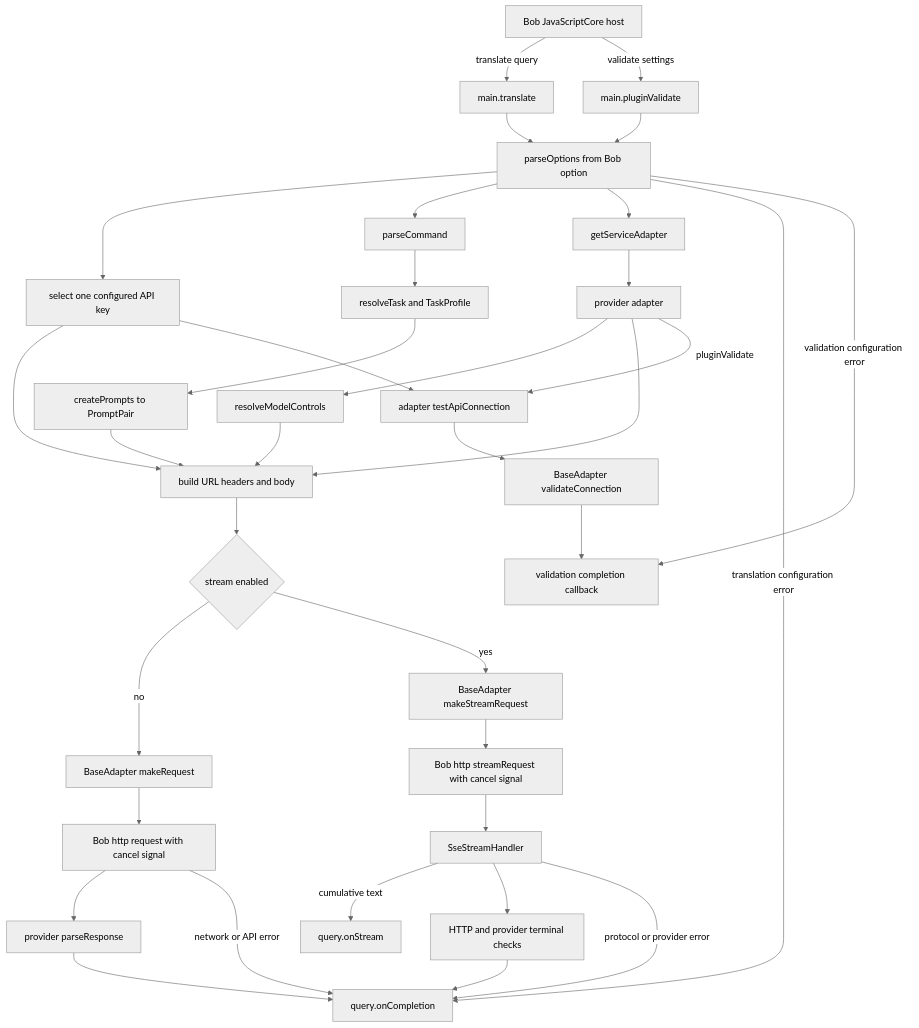
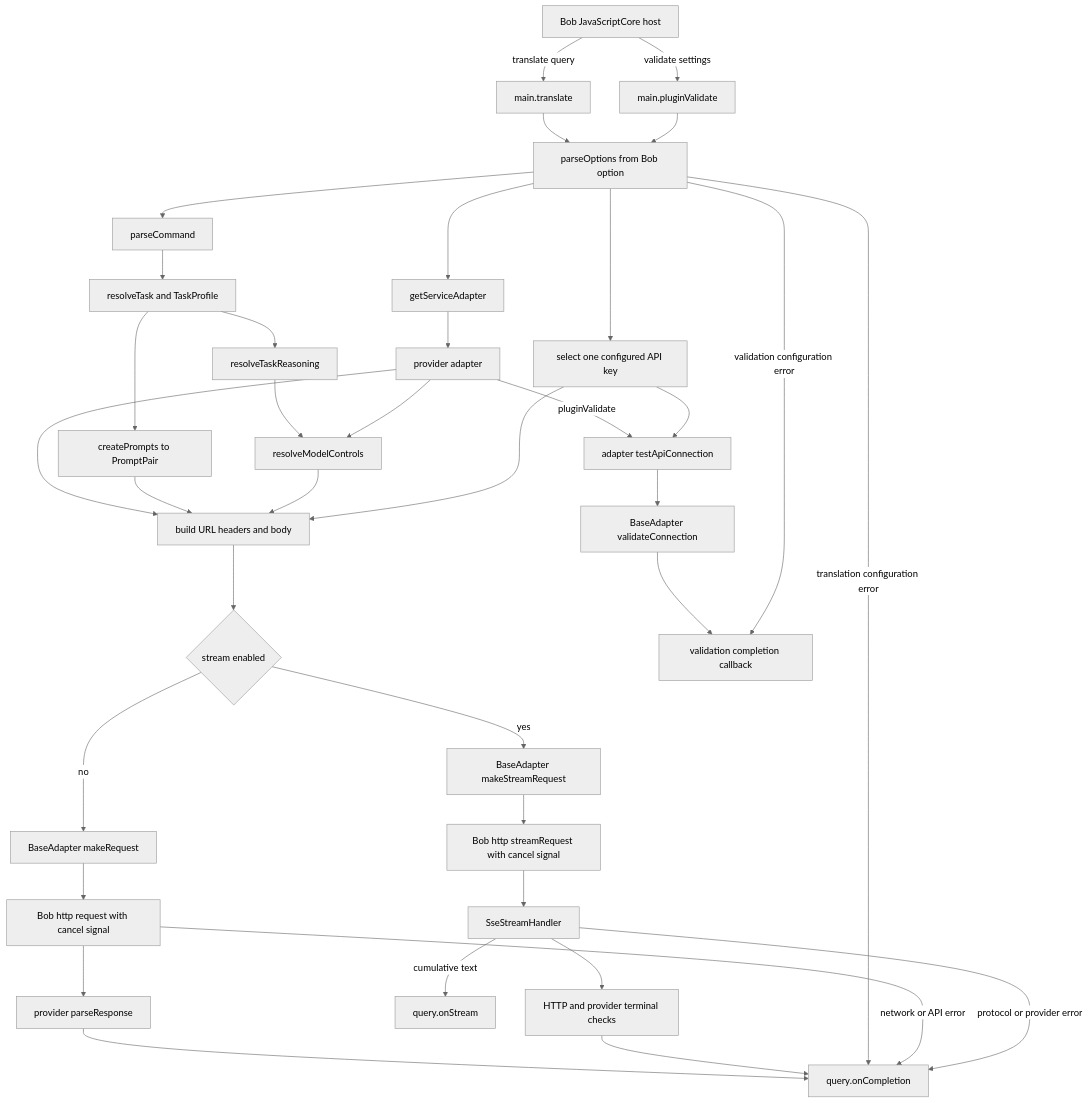
The diagram in docs/maintainer_orientation.md (jiahaoh/pop), drawn with Mermaid (neutral theme) before and after one commit. The commit also changed other lines of this file and 26 other files, not shown here.

Commit message:
feat: implement milestone 3 model controls

````diff
--- a/docs/maintainer_orientation.md
+++ b/docs/maintainer_orientation.md
@@ -63,43 +63,45 @@
 ```mermaid
 flowchart TD
   Bob[Bob JavaScriptCore host] -->|translate query| Entry[main.translate]
   Bob -->|validate settings| ValidateEntry[main.pluginValidate]
 
   Entry --> Config[parseOptions from Bob option]
   ValidateEntry --> Config
   Config --> Key[select one configured API key]
   Config --> Command[parseCommand]
   Command --> Resolve[resolveTask and TaskProfile]
+  Resolve --> Reasoning[resolveTaskReasoning]
   Resolve --> Prompt[createPrompts to PromptPair]
   Config --> Dispatch[getServiceAdapter]
   Dispatch --> Adapter[provider adapter]
 
-  Adapter --> Controls[resolveModelControls]
+  Reasoning --> Controls[resolveModelControls]
+  Adapter --> Controls
   Adapter --> Wire[build URL headers and body]
   Prompt --> Wire[build URL headers and body]
   Controls --> Wire
   Key --> Wire
 
   Wire --> Mode{stream enabled}
   Mode -->|no| Request[BaseAdapter makeRequest]
   Request --> HttpRequest[Bob http request with cancel signal]
   HttpRequest --> Parse[provider parseResponse]
 
   Mode -->|yes| StreamRequest[BaseAdapter makeStreamRequest]
   StreamRequest --> HttpStream[Bob http streamRequest with cancel signal]
   HttpStream --> SSE[SseStreamHandler]
   SSE -->|cumulative text| OnStream[query.onStream]
   SSE --> Terminal[HTTP and provider terminal checks]
 
   Parse --> Complete[query.onCompletion]
   Terminal --> Complete
   Config -->|translation configuration error| Complete
   HttpRequest -->|network or API error| Complete
   SSE -->|protocol or provider error| Complete
 
   Adapter -->|pluginValidate| Validate[adapter testApiConnection]
   Key --> Validate
   Validate --> ValidateHttp[BaseAdapter validateConnection]
   ValidateHttp --> ValidationCompletion[validation completion callback]
   Config -->|validation configuration error| ValidationCompletion
 ```
````
